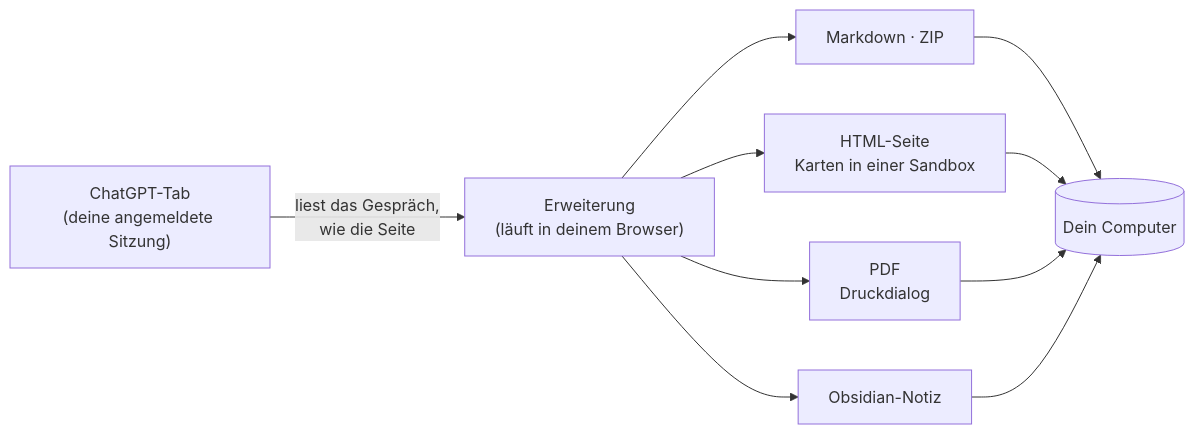
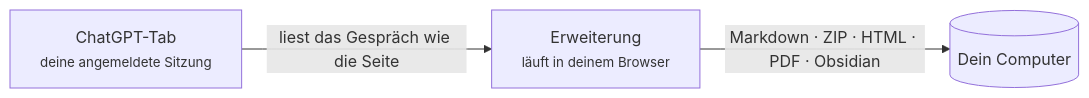
Before and after one commit to letheli710/chat-intelligent-ui-exporter: the diagram in docs/readme/README.de.md, drawn with Mermaid. The commit also changed 15 other files, not shown here.

First line of the commit message:
0.11.41: the how-it-works diagram as one row, so GitHub shows it whole

````diff
--- a/docs/readme/README.de.md
+++ b/docs/readme/README.de.md
@@ -126,9 +126,5 @@
 ```mermaid
 flowchart LR
-    A["ChatGPT-Tab<br/>(deine angemeldete Sitzung)"] -->|liest das Gespräch,<br/>wie die Seite| B["Erweiterung<br/>(läuft in deinem Browser)"]
-    B --> C["Markdown · ZIP"]
-    B --> D["HTML-Seite<br/>Karten in einer Sandbox"]
-    B --> E["PDF<br/>Druckdialog"]
-    B --> F["Obsidian-Notiz"]
-    C & D & E & F --> G[("Dein Computer")]
+    A["ChatGPT-Tab<br/><small>deine angemeldete Sitzung</small>"] -->|liest das Gespräch wie die Seite| B["Erweiterung<br/><small>läuft in deinem Browser</small>"]
+    B -->|"Markdown · ZIP · HTML · PDF · Obsidian"| C[("Dein Computer")]
 ```
````
